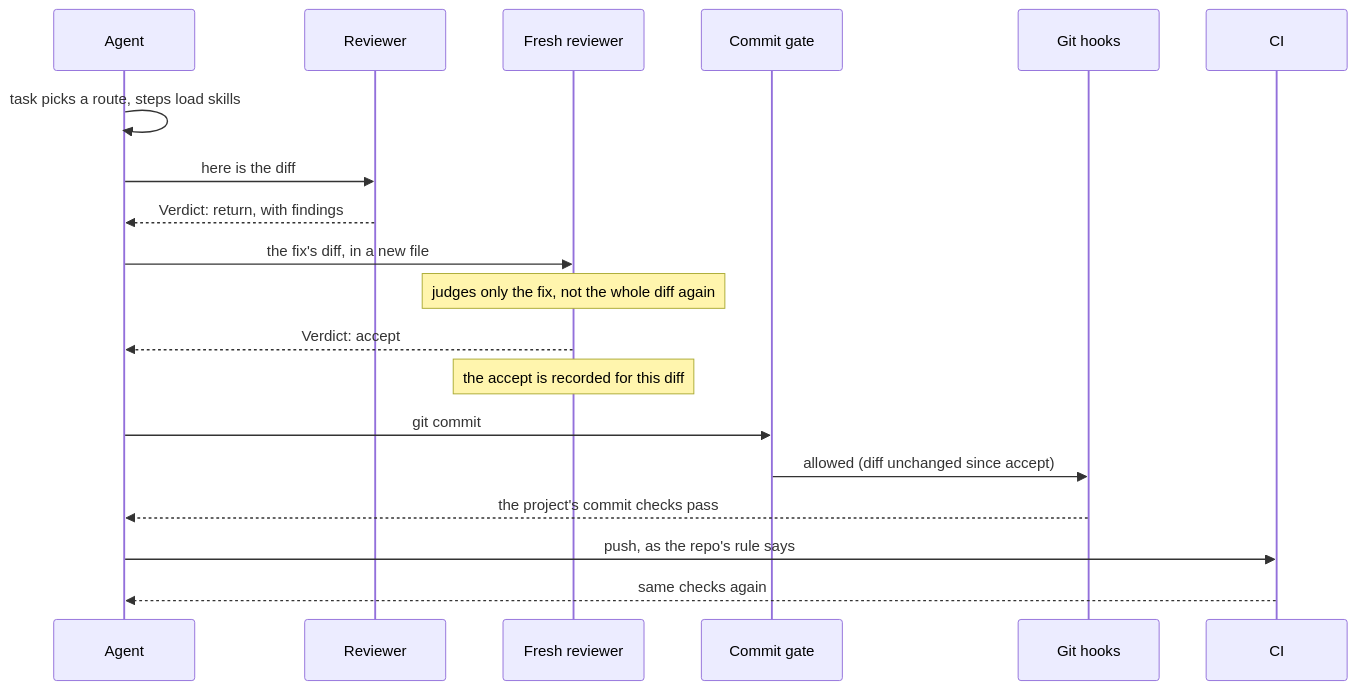
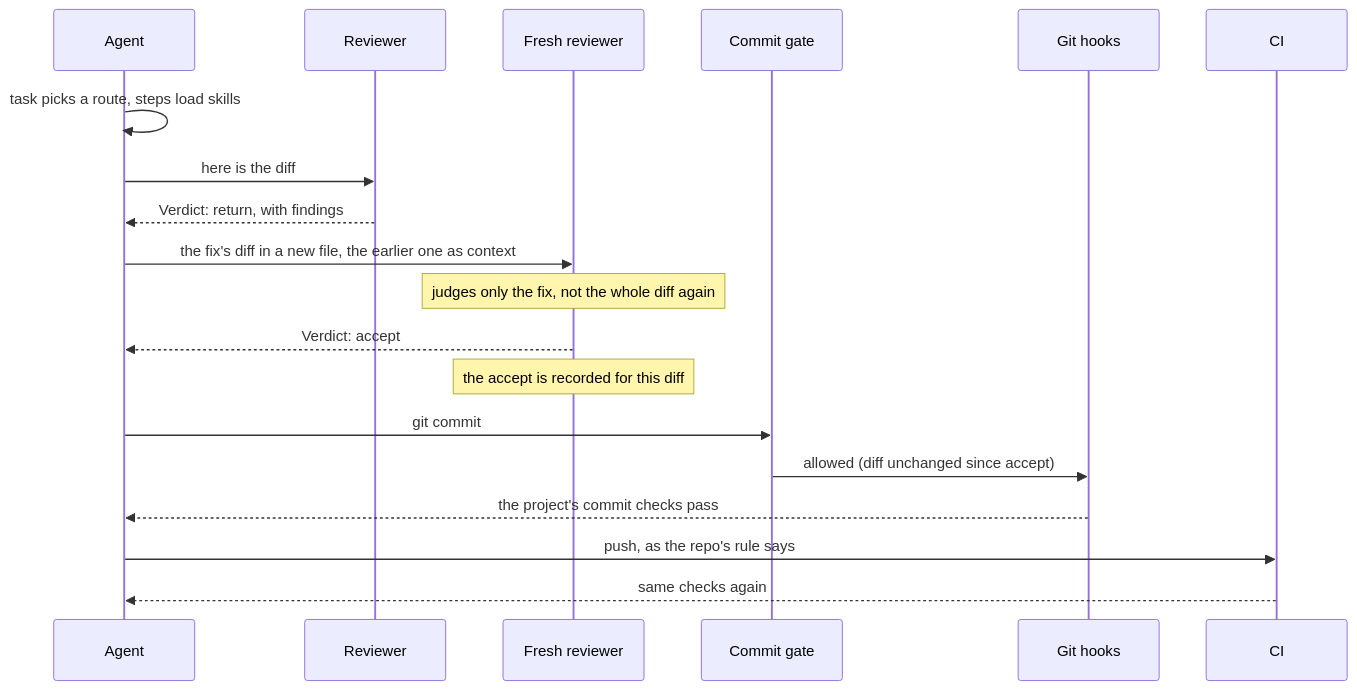
One commit to cniska/agent-skills changed the third of 3 diagrams in docs/plugin.md. Above: the diagram before and after it, drawn with Mermaid. The commit also changed other lines of this file and 8 other files, not shown here.

````diff
--- a/docs/plugin.md
+++ b/docs/plugin.md
@@ -31,21 +31,21 @@
 ```mermaid
 sequenceDiagram
   participant A as Agent
   participant V as Reviewer
   participant R as Fresh reviewer
   participant P as Commit gate
   participant G as Git hooks
   participant C as CI
   A->>A: task picks a route, steps load skills
   A->>V: here is the diff
   V-->>A: Verdict: return, with findings
-  A->>R: the fix's diff, in a new file
+  A->>R: the fix's diff in a new file, the earlier one as context
   Note over R: judges only the fix, not the whole diff again
   R-->>A: Verdict: accept
   Note over R: the accept is recorded for this diff
   A->>P: git commit
   P->>G: allowed (diff unchanged since accept)
   G-->>A: the project's commit checks pass
   A->>C: push, as the repo's rule says
   C-->>A: same checks again
 ```
````
